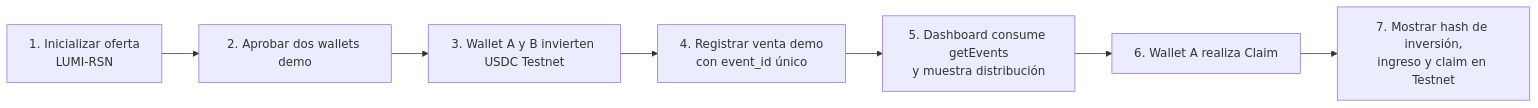
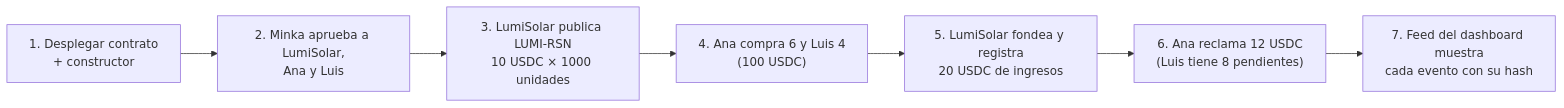
The seventh of 8 diagrams in docs/architecture/minka-capital-system-flow.md (giano-montano/minka-capital), drawn with Mermaid before and after one commit. The commit also changed other lines of this file and 4 other files, not shown here.

First line of the commit message:
docs: align architecture, spec and handoff with the multi-offering MVP

````diff
--- a/docs/architecture/minka-capital-system-flow.md
+++ b/docs/architecture/minka-capital-system-flow.md
@@ -190,9 +230,9 @@
 ```mermaid
 flowchart LR
-    A["1. Inicializar oferta\nLUMI-RSN"] --> B["2. Aprobar dos wallets demo"]
-    B --> C["3. Wallet A y B invierten USDC Testnet"]
-    C --> D["4. Registrar venta demo\ncon event_id único"]
-    D --> E["5. Dashboard consume getEvents\ny muestra distribución"]
-    E --> F["6. Wallet A realiza Claim"]
-    F --> G["7. Mostrar hash de inversión,\ningreso y claim en Testnet"]
+    A["1. Desplegar contrato\n+ constructor"] --> B["2. Minka aprueba a LumiSolar,\nAna y Luis"]
+    B --> C["3. LumiSolar publica LUMI-RSN\n10 USDC × 1000 unidades"]
+    C --> D["4. Ana compra 6 y Luis 4\n(100 USDC)"]
+    D --> E["5. LumiSolar fondea y registra\n20 USDC de ingresos"]
+    E --> F["6. Ana reclama 12 USDC\n(Luis tiene 8 pendientes)"]
+    F --> G["7. Feed del dashboard muestra\ncada evento con su hash"]
 ```
````
